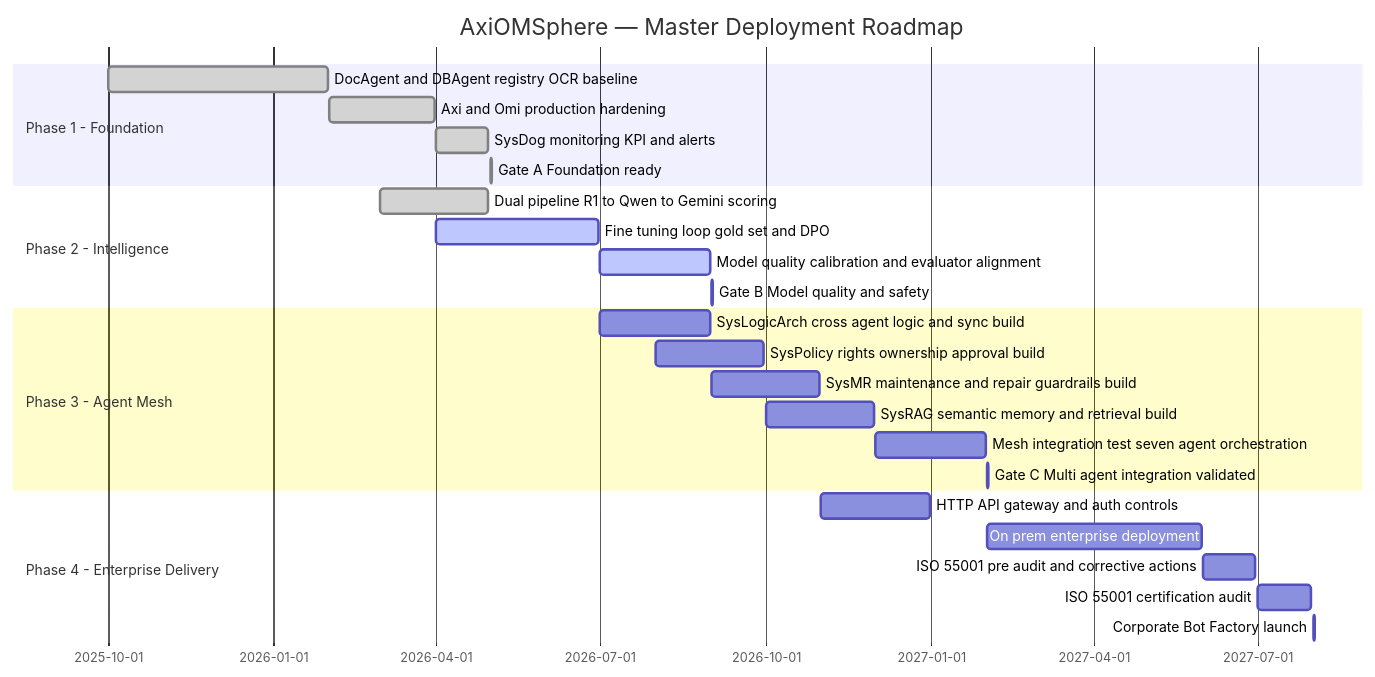
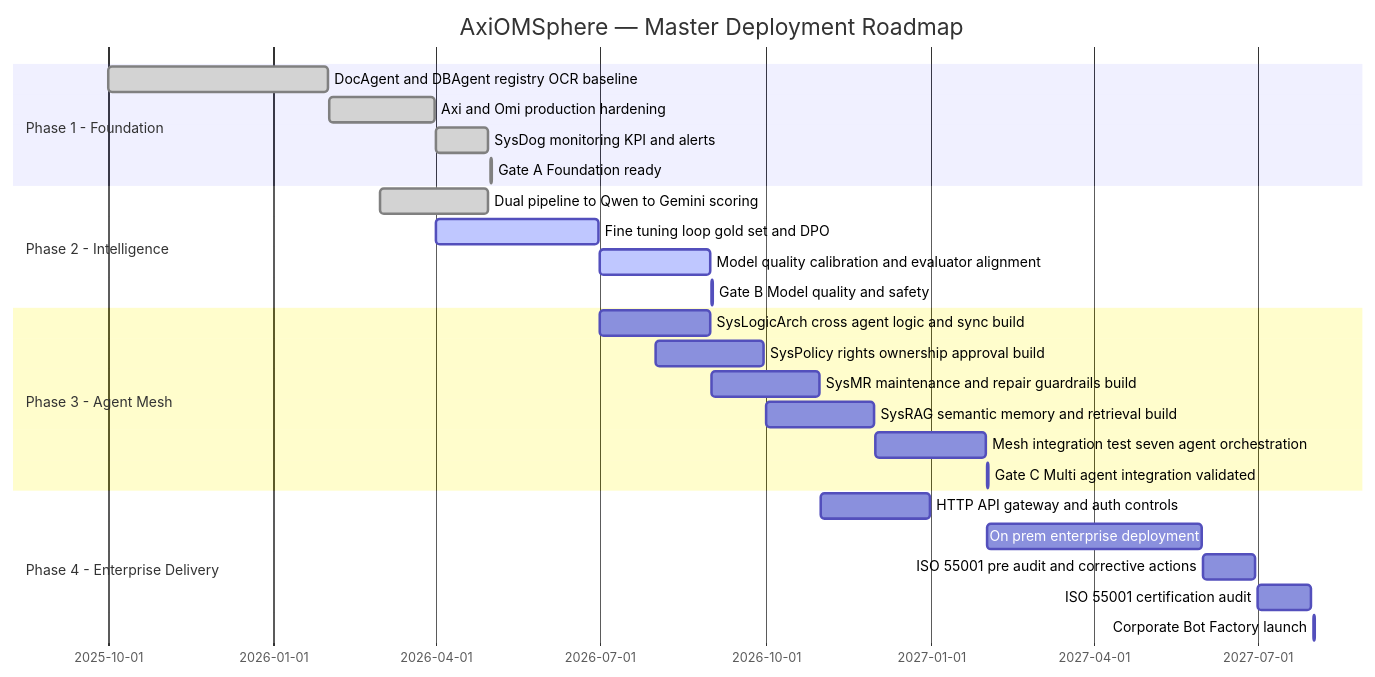
Before and after one commit to AxiOMSphereAssistanceAIMS/AxiOMSphere: the fifth of 12 diagrams in README.md, drawn with Mermaid. The commit also changed other lines of this file, not shown here.

````diff
--- a/README.md
+++ b/README.md
@@ -382,32 +382,32 @@
 ```mermaid
 gantt
     title AxiOMSphere — Master Deployment Roadmap
     dateFormat  YYYY-MM-DD
 
     section Phase 1 - Foundation
     DocAgent and DBAgent registry OCR baseline                :done, p1a, 2025-10-01, 2026-01-31
     Axi and Omi production hardening                          :done, p1b, 2026-02-01, 2026-03-31
     SysDog monitoring KPI and alerts                          :done, p1c, 2026-04-01, 2026-04-30
     Gate A Foundation ready                                   :done, gA, 2026-05-01, 2026-05-02
 
     section Phase 2 - Intelligence
-    Dual pipeline R1 to Qwen to Gemini scoring                :done, p2a, 2026-03-01, 2026-04-30
+    Dual pipeline to Qwen to Gemini scoring                   :done, p2a, 2026-03-01, 2026-04-30
     Fine tuning loop gold set and DPO                         :active, p2b, 2026-04-01, 2026-06-30
     Model quality calibration and evaluator alignment         :active, p2c, 2026-07-01, 2026-08-31
     Gate B Model quality and safety                           :active, gB, 2026-09-01, 2026-09-02
 
     section Phase 3 - Agent Mesh
     SysLogicArch cross agent logic and sync build             :p3a, 2026-07-01, 2026-08-31
     SysPolicy rights ownership approval build                 :p3b, 2026-08-01, 2026-09-30
     SysMR maintenance and repair guardrails build             :p3c, 2026-09-01, 2026-10-31
     SysRAG semantic memory and retrieval build                :p3d, 2026-10-01, 2026-11-30
     Mesh integration test seven agent orchestration           :p3e, 2026-12-01, 2027-01-31
     Gate C Multi agent integration validated                  :gC, 2027-02-01, 2027-02-02
 
     section Phase 4 - Enterprise Delivery
     HTTP API gateway and auth controls                        :p4a, 2026-11-01, 2026-12-31
     On prem enterprise deployment                             :p4b, 2027-02-01, 2027-05-31
     ISO 55001 pre audit and corrective actions                :p4c, 2027-06-01, 2027-06-30
     ISO 55001 certification audit                             :p4d, 2027-07-01, 2027-07-31
     Corporate Bot Factory launch                              :gD, 2027-08-01, 2027-08-02
 ```
````
